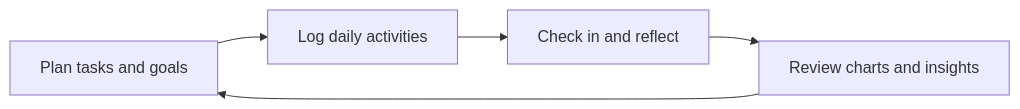
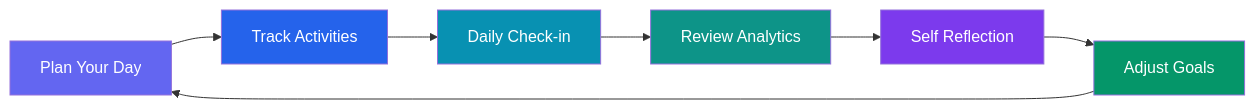
One commit to arafat-rahman-lisan/Life_Mirror changed the first of 4 diagrams in README.md. Above: the diagram before and after it, drawn with Mermaid. The commit also changed other lines of this file, not shown here.

````diff
--- a/README.md
+++ b/README.md
@@ -19,7 +167,16 @@
 ```mermaid
 flowchart LR
-    A[Plan tasks and goals] --> B[Log daily activities]
-    B --> C[Check in and reflect]
-    C --> D[Review charts and insights]
-    D --> A
+    A[Plan Your Day] --> B[Track Activities]
+    B --> C[Daily Check-in]
+    C --> D[Review Analytics]
+    D --> E[Self Reflection]
+    E --> F[Adjust Goals]
+    F --> A
+
+    style A fill:#6366f1,color:#fff
+    style B fill:#2563eb,color:#fff
+    style C fill:#0891b2,color:#fff
+    style D fill:#0d9488,color:#fff
+    style E fill:#7c3aed,color:#fff
+    style F fill:#059669,color:#fff
 ```
````
